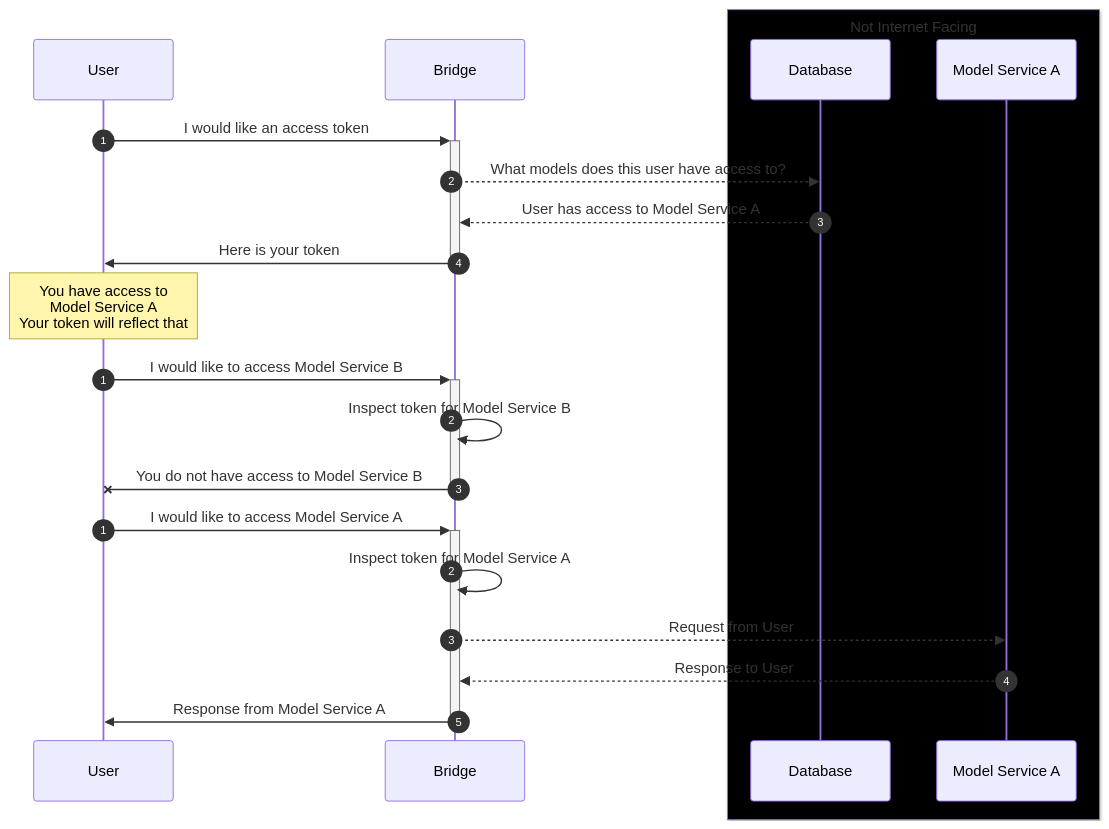
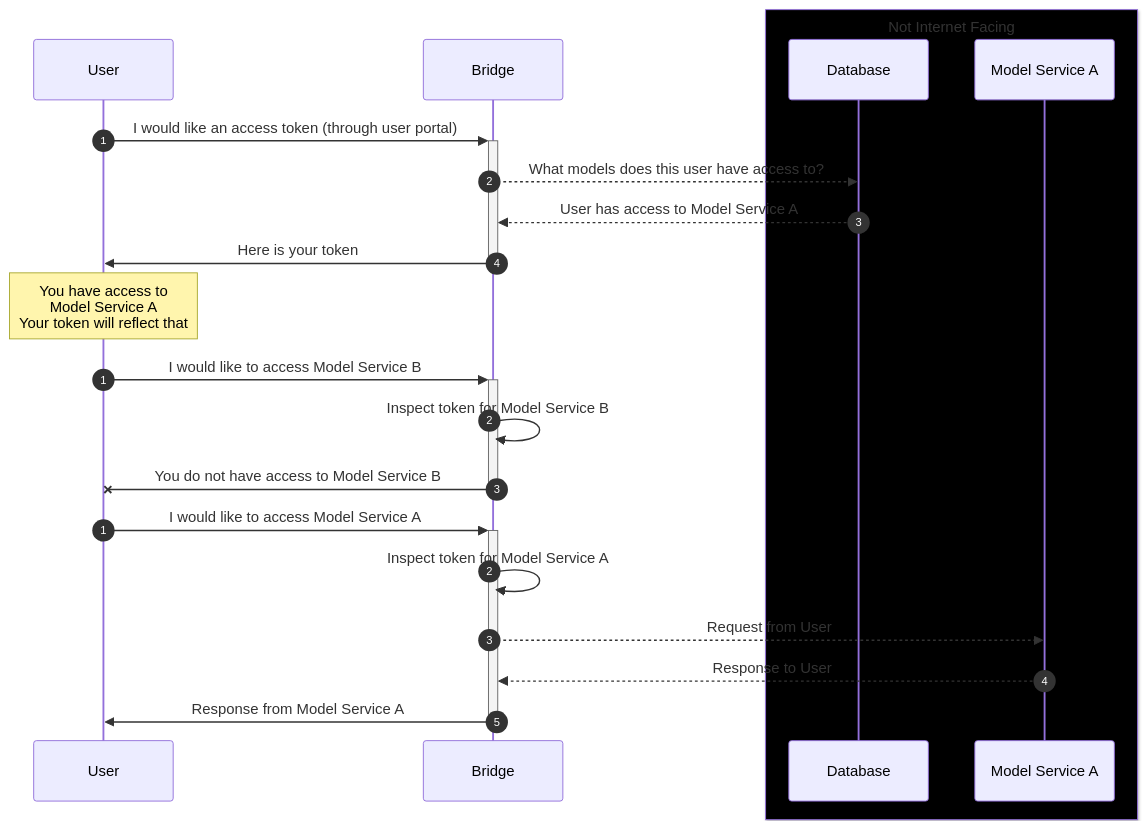
One commit to acceleratedscience/bridge changed the third of 4 diagrams in doc/runbook.md. Above: the diagram before and after it, drawn with Mermaid. The commit also changed other lines of this file and 1 other file, not shown here.

````diff
--- a/doc/runbook.md
+++ b/doc/runbook.md
@@ -89,26 +89,26 @@
 ```mermaid
 sequenceDiagram
 	autonumber
-	User ->>+ Bridge: I would like an access token
+	User ->>+ Bridge: I would like an access token (through user portal)
 	Bridge -->> Database: What models does this user have access to?
 	Database -->> Bridge: User has access to Model Service A
 	Bridge ->>- User: Here is your token
 	Note over User: You have access to<br>Model Service A<br>Your token will reflect that
 
 	autonumber 1
 	User ->>+ Bridge: I would like to access Model Service B
 	Bridge ->> Bridge: Inspect token for Model Service B
 	Bridge -x- User: You do not have access to Model Service B
 
 	box Black Not Internet Facing
 	participant Database
 	participant Model Service A
 	end
 
 	autonumber 1
 	User ->>+ Bridge: I would like to access Model Service A
 	Bridge ->> Bridge: Inspect token for Model Service A
 	Bridge -->> Model Service A: Request from User
 	Model Service A -->> Bridge: Response to User
 	Bridge ->>- User: Response from Model Service A
 ```
````
